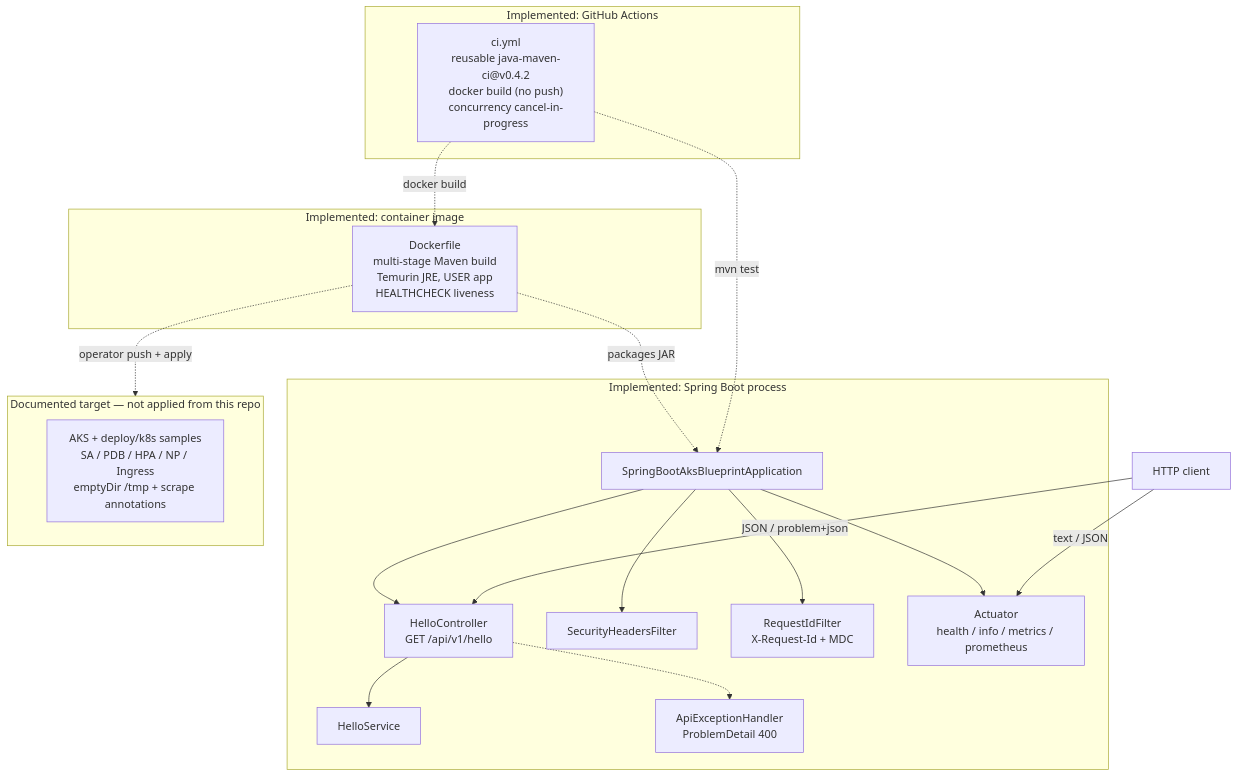
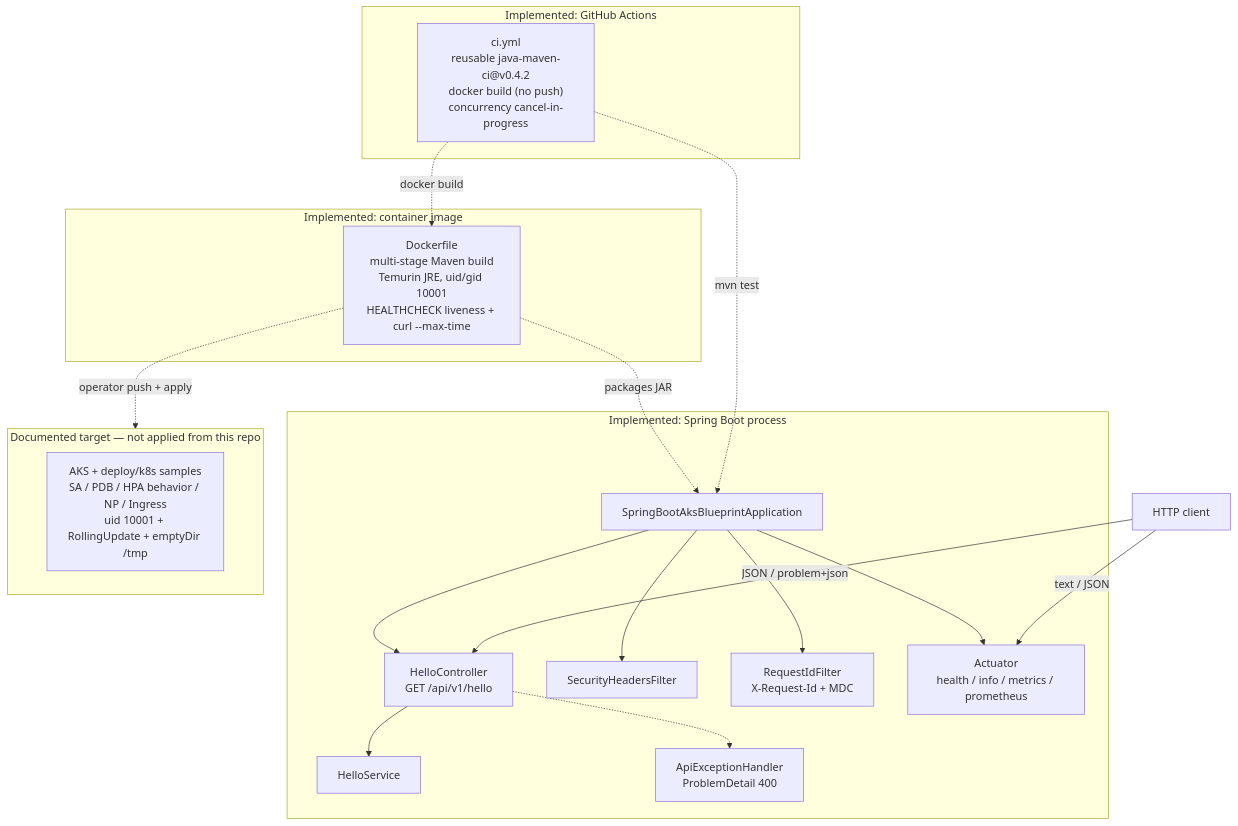
Before and after one commit to rmkr-dev/spring-boot-aks-blueprint: the diagram in docs/architecture/architecture-diagram.md, drawn with Mermaid. The commit also changed other lines of this file and 2 other files, not shown here.

First line of the commit message:
docs(architecture): refresh diagrams for v1.3.2+ surfaces

````diff
--- a/docs/architecture/architecture-diagram.md
+++ b/docs/architecture/architecture-diagram.md
@@ -5,40 +5,40 @@
 ```mermaid
 flowchart TB
   subgraph jvm["Implemented: Spring Boot process"]
     App["SpringBootAksBlueprintApplication"]
     Ctrl["HelloController<br/>GET /api/v1/hello"]
     Svc["HelloService"]
     Err["ApiExceptionHandler<br/>ProblemDetail 400"]
     Headers["SecurityHeadersFilter"]
     ReqId["RequestIdFilter<br/>X-Request-Id + MDC"]
     Act["Actuator<br/>health / info / metrics / prometheus"]
     App --> Ctrl
     Ctrl --> Svc
     Ctrl -.-> Err
     App --> Headers
     App --> ReqId
     App --> Act
   end
 
   Client["HTTP client"] -->|"JSON / problem+json"| Ctrl
   Client -->|"text / JSON"| Act
 
   subgraph image["Implemented: container image"]
-    Docker["Dockerfile<br/>multi-stage Maven build<br/>Temurin JRE, USER app<br/>HEALTHCHECK liveness"]
+    Docker["Dockerfile<br/>multi-stage Maven build<br/>Temurin JRE, uid/gid 10001<br/>HEALTHCHECK liveness + curl --max-time"]
   end
 
   Docker -.->|"packages JAR"| App
 
   subgraph ci["Implemented: GitHub Actions"]
     GHA["ci.yml<br/>reusable java-maven-ci@v0.4.2<br/>docker build (no push)<br/>concurrency cancel-in-progress"]
   end
 
   GHA -.->|"mvn test"| App
   GHA -.->|"docker build"| Docker
 
   subgraph aks_target["Documented target — not applied from this repo"]
-    AKS["AKS + deploy/k8s samples<br/>SA / PDB / HPA / NP / Ingress<br/>emptyDir /tmp + scrape annotations"]
+    AKS["AKS + deploy/k8s samples<br/>SA / PDB / HPA behavior / NP / Ingress<br/>uid 10001 + RollingUpdate + emptyDir /tmp"]
   end
 
   Docker -.->|"operator push + apply"| aks_target
 ```
````
